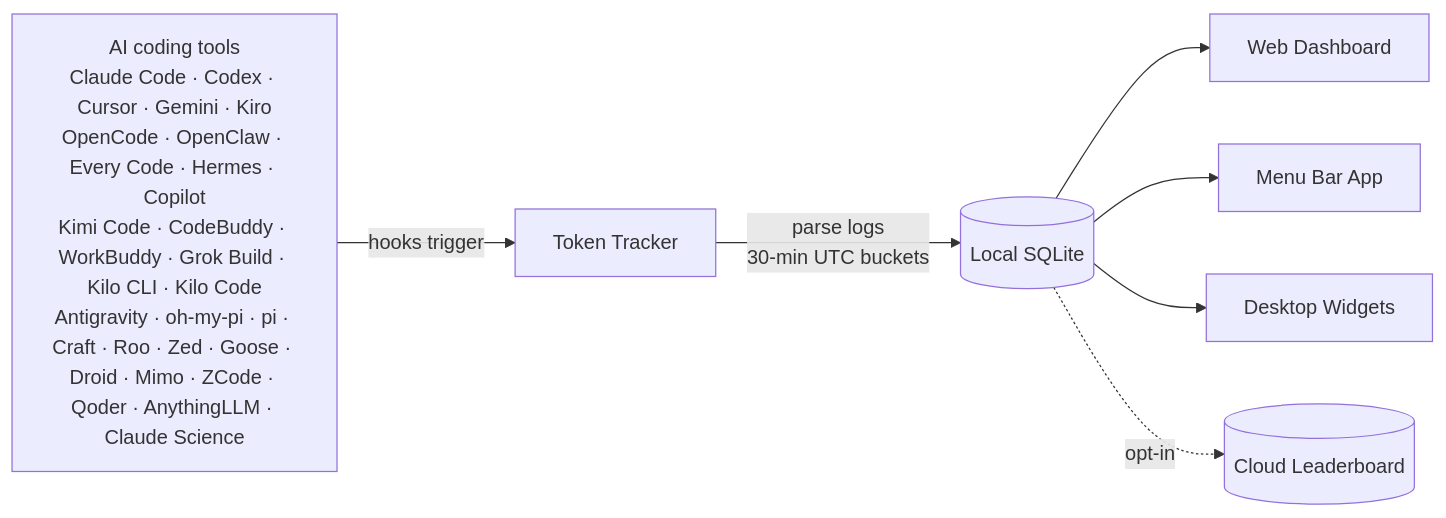
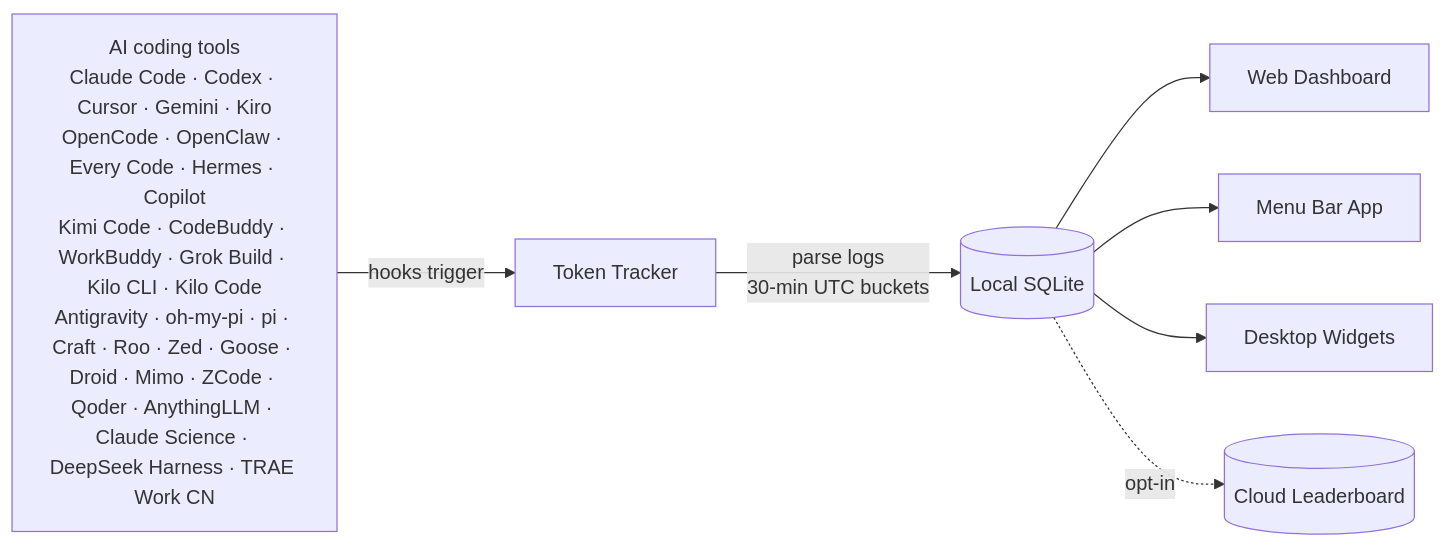
One commit to CrazyForks/TokenTracker changed the diagram in README.md. Above: the diagram before and after it, drawn with Mermaid. The commit also changed other lines of this file and 43 other files, not shown here.

First line of the commit message:
feat: 支持 TRAE Work CN Token 统计 (#474)

````diff
--- a/README.md
+++ b/README.md
@@ -297,10 +298,10 @@
 ```mermaid
 flowchart LR
-    A["AI coding tools<br/>Claude Code · Codex · Cursor · Gemini · Kiro<br/>OpenCode · OpenClaw · Every Code · Hermes · Copilot<br/>Kimi Code · CodeBuddy · WorkBuddy · Grok Build · Kilo CLI · Kilo Code<br/>Antigravity · oh-my-pi · pi · Craft · Roo · Zed · Goose · Droid · Mimo · ZCode · Qoder · AnythingLLM · Claude Science"]
+    A["AI coding tools<br/>Claude Code · Codex · Cursor · Gemini · Kiro<br/>OpenCode · OpenClaw · Every Code · Hermes · Copilot<br/>Kimi Code · CodeBuddy · WorkBuddy · Grok Build · Kilo CLI · Kilo Code<br/>Antigravity · oh-my-pi · pi · Craft · Roo · Zed · Goose · Droid · Mimo · ZCode · Qoder · AnythingLLM · Claude Science · DeepSeek Harness · TRAE Work CN"]
     A -->|hooks trigger| B[Token Tracker]
     B -->|parse logs<br/>30-min UTC buckets| C[(Local SQLite)]
     C --> D[Web Dashboard]
     C --> E[Menu Bar App]
     C --> F[Desktop Widgets]
     C -.->|opt-in| G[(Cloud Leaderboard)]
 ```
````
